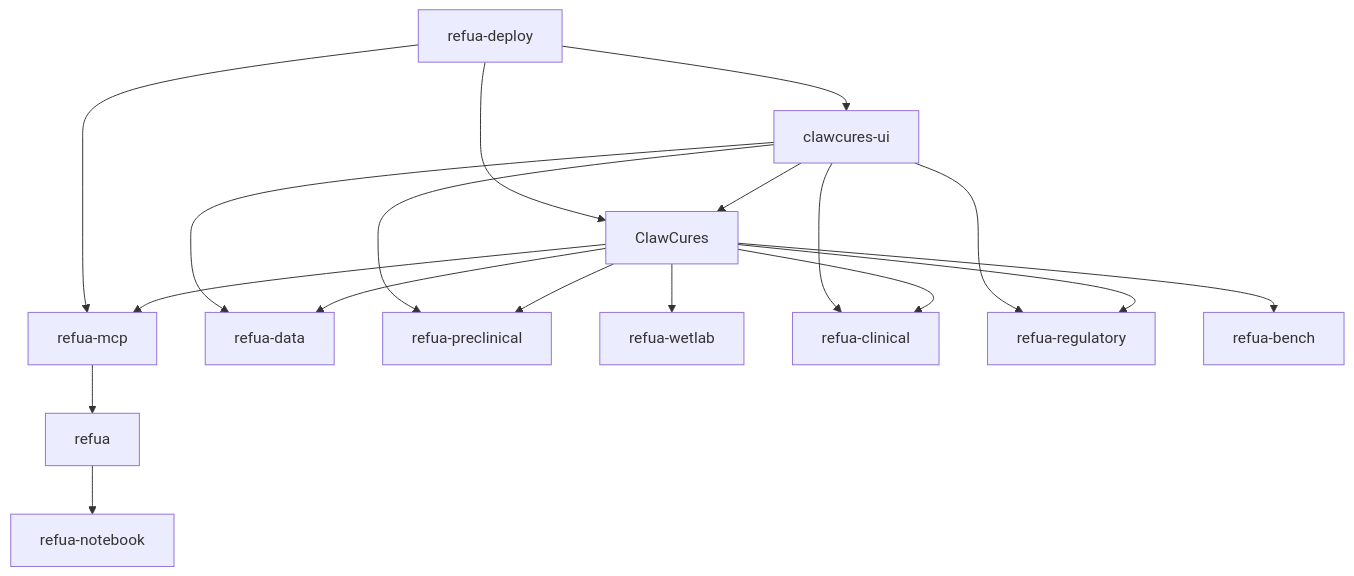
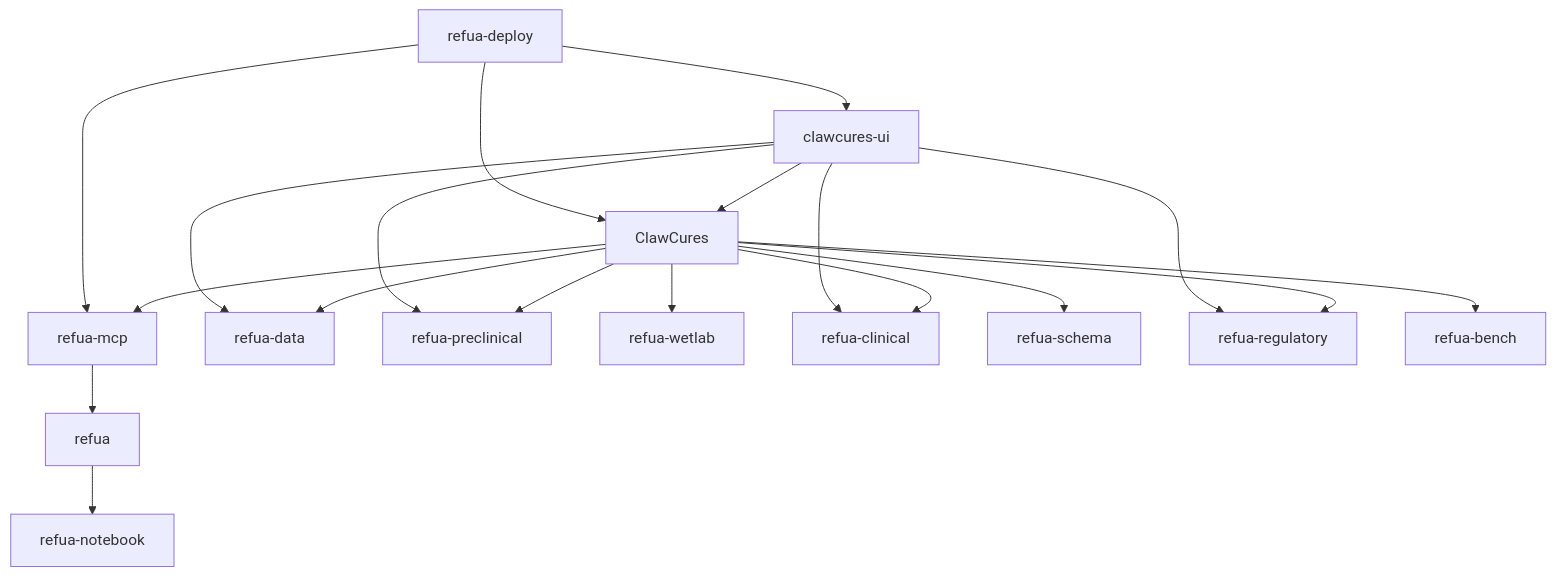
One commit to agentcures/.github changed the diagram in profile/README.md. Above: the diagram before and after it, drawn with Mermaid. The commit also changed other lines of this file and 3 other files, not shown here.

Commit message:
Add refua-schema to org docs

````diff
--- a/profile/README.md
+++ b/profile/README.md
@@ -22,20 +22,21 @@
 ```mermaid
 flowchart TD
     S[clawcures-ui] --> C[ClawCures]
     C --> M[refua-mcp]
     M --> R[refua]
     R --> N[refua-notebook]
     C --> D[refua-data]
     C --> P[refua-preclinical]
     C --> W[refua-wetlab]
     C --> L[refua-clinical]
+    C --> H[refua-schema]
     C --> G[refua-regulatory]
     C --> B[refua-bench]
     S --> G
     S --> L
     S --> P
     S --> D
     X[refua-deploy] --> S
     X --> C
     X --> M
 ```
````
